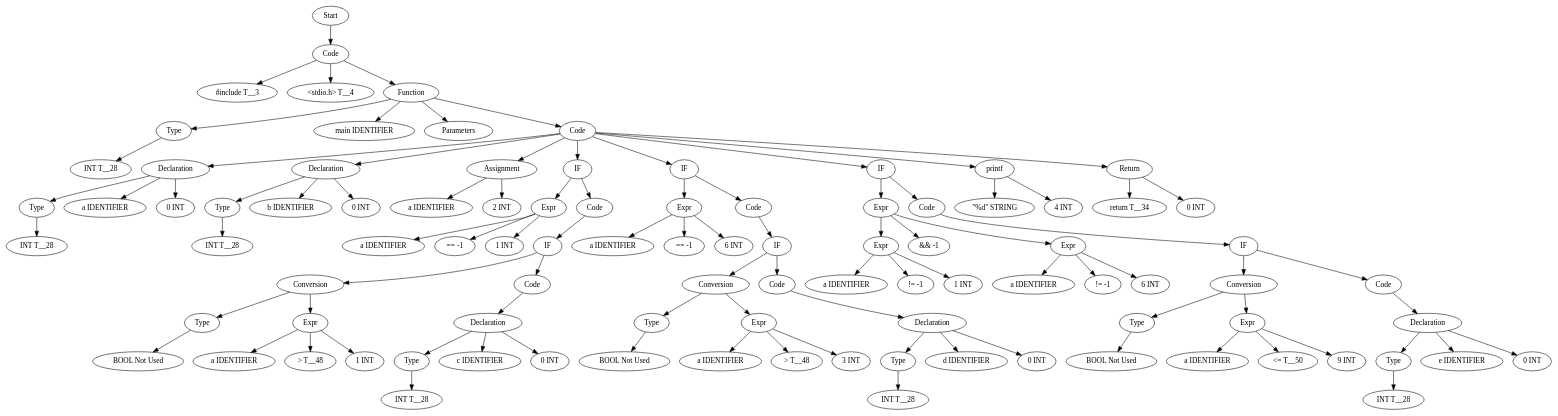
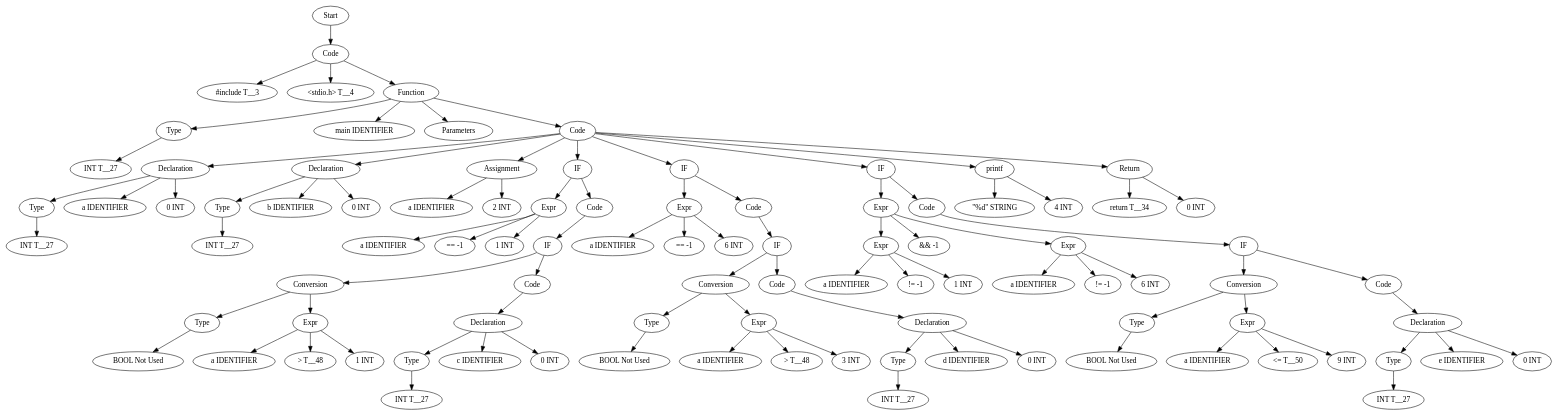
The diagram in TestCases/ASTTests/SwitchTests/createTests/read_file_after.dot (Are-you-listening/Compilers), drawn with Graphviz before and after one commit. The commit also changed 168 other files, not shown here.

```diff
--- a/TestCases/ASTTests/SwitchTests/createTests/read_file_after.dot
+++ b/TestCases/ASTTests/SwitchTests/createTests/read_file_after.dot
@@ -1,191 +1,191 @@
 digraph AST {
-  "126170885658832" [label="Start"];
-  "126170885658832" -> "126170885662816";
-  "126170885662816" [label="Code"];
-  "126170885662816" -> "126170885667040";
-  "126170885662816" -> "126170885665504";
-  "126170885662816" -> "126170885666512";
-  "126170885667040" [label="#include T__3"];
-  "126170885665504" [label="<stdio.h> T__4"];
-  "126170885666512" [label="Function"];
-  "126170885666512" -> "126170885666992";
-  "126170885666512" -> "126170885665408";
-  "126170885666512" -> "126170885664352";
-  "126170885666512" -> "126170885664784";
-  "126170885666992" [label="Type"];
-  "126170885666992" -> "126170885667952";
-  "126170885667952" [label="INT T__28"];
-  "126170885665408" [label="main IDENTIFIER"];
-  "126170885664352" [label="Parameters"];
-  "126170885664784" [label="Code"];
-  "126170885664784" -> "126170885668384";
-  "126170885664784" -> "126170885839344";
-  "126170885664784" -> "126170885838912";
-  "126170885664784" -> "126170885839056";
-  "126170885664784" -> "126170885838816";
-  "126170885664784" -> "126170885844816";
-  "126170885664784" -> "126170885835120";
-  "126170885664784" -> "126170885833776";
-  "126170885668384" [label="Declaration"];
-  "126170885668384" -> "126170885837856";
-  "126170885668384" -> "126170885834544";
-  "126170885668384" -> "126170885839872";
-  "126170885837856" [label="Type"];
-  "126170885837856" -> "126170885839440";
-  "126170885839440" [label="INT T__28"];
-  "126170885834544" [label="a IDENTIFIER"];
-  "126170885839872" [label="0 INT"];
-  "126170885839344" [label="Declaration"];
-  "126170885839344" -> "126170885841120";
-  "126170885839344" -> "126170885838672";
-  "126170885839344" -> "126170885836272";
-  "126170885841120" [label="Type"];
-  "126170885841120" -> "126170885837760";
-  "126170885837760" [label="INT T__28"];
-  "126170885838672" [label="b IDENTIFIER"];
-  "126170885836272" [label="0 INT"];
-  "126170885838912" [label="Assignment"];
-  "126170885838912" -> "126170885833200";
-  "126170885838912" -> "126170885844960";
-  "126170885833200" [label="a IDENTIFIER"];
-  "126170885844960" [label="2 INT"];
-  "126170885839056" [label="IF"];
-  "126170885839056" -> "126170885839824";
-  "126170885839056" -> "126170885836176";
-  "126170885839824" [label="Expr"];
-  "126170885839824" -> "126170885840256";
-  "126170885839824" -> "126170885839536";
-  "126170885839824" -> "126170885833056";
-  "126170885840256" [label="a IDENTIFIER"];
-  "126170885839536" [label="== -1"];
-  "126170885833056" [label="1 INT"];
-  "126170885836176" [label="Code"];
-  "126170885836176" -> "126170885836608";
-  "126170885836608" [label="IF"];
-  "126170885836608" -> "126170885845824";
-  "126170885836608" -> "126170885839152";
-  "126170885845824" [label="Conversion"];
-  "126170885845824" -> "126170885841072";
-  "126170885845824" -> "126170885838480";
-  "126170885841072" [label="Type"];
-  "126170885841072" -> "126170885839968";
-  "126170885839968" [label="BOOL Not Used"];
-  "126170885838480" [label="Expr"];
-  "126170885838480" -> "126170885844528";
-  "126170885838480" -> "126170885833248";
-  "126170885838480" -> "126170885834784";
-  "126170885844528" [label="a IDENTIFIER"];
-  "126170885833248" [label="> T__48"];
-  "126170885834784" [label="1 INT"];
-  "126170885839152" [label="Code"];
-  "126170885839152" -> "126170885835504";
-  "126170885835504" [label="Declaration"];
-  "126170885835504" -> "126170885836848";
-  "126170885835504" -> "126170885834976";
-  "126170885835504" -> "126170885832864";
-  "126170885836848" [label="Type"];
-  "126170885836848" -> "126170885835216";
-  "126170885835216" [label="INT T__28"];
-  "126170885834976" [label="c IDENTIFIER"];
-  "126170885832864" [label="0 INT"];
-  "126170885838816" [label="IF"];
-  "126170885838816" -> "126170885839584";
-  "126170885838816" -> "126170885839920";
-  "126170885839584" [label="Expr"];
-  "126170885839584" -> "126170885836800";
-  "126170885839584" -> "126170885833632";
-  "126170885839584" -> "126170885832912";
-  "126170885836800" [label="a IDENTIFIER"];
-  "126170885833632" [label="== -1"];
-  "126170885832912" [label="6 INT"];
-  "126170885839920" [label="Code"];
-  "126170885839920" -> "126170885836944";
-  "126170885836944" [label="IF"];
-  "126170885836944" -> "126170885835024";
-  "126170885836944" -> "126170885835168";
-  "126170885835024" [label="Conversion"];
-  "126170885835024" -> "126170885835936";
-  "126170885835024" -> "126170885835648";
-  "126170885835936" [label="Type"];
-  "126170885835936" -> "126170885836416";
-  "126170885836416" [label="BOOL Not Used"];
-  "126170885835648" [label="Expr"];
-  "126170885835648" -> "126170885834688";
-  "126170885835648" -> "126170885834832";
-  "126170885835648" -> "126170885835744";
-  "126170885834688" [label="a IDENTIFIER"];
-  "126170885834832" [label="> T__48"];
-  "126170885835744" [label="3 INT"];
-  "126170885835168" [label="Code"];
-  "126170885835168" -> "126170885835792";
-  "126170885835792" [label="Declaration"];
-  "126170885835792" -> "126170885835984";
-  "126170885835792" -> "126170885836032";
-  "126170885835792" -> "126170885835264";
-  "126170885835984" [label="Type"];
-  "126170885835984" -> "126170885836128";
-  "126170885836128" [label="INT T__28"];
-  "126170885836032" [label="d IDENTIFIER"];
-  "126170885835264" [label="0 INT"];
-  "126170885844816" [label="IF"];
-  "126170885844816" -> "126170885835072";
-  "126170885844816" -> "126170885834736";
-  "126170885835072" [label="Expr"];
-  "126170885835072" -> "126170885835840";
-  "126170885835072" -> "126170885835312";
-  "126170885835072" -> "126170885834880";
-  "126170885835840" [label="Expr"];
-  "126170885835840" -> "126170885835408";
-  "126170885835840" -> "126170885834400";
-  "126170885835840" -> "126170885833680";
-  "126170885835408" [label="a IDENTIFIER"];
-  "126170885834400" [label="!= -1"];
-  "126170885833680" [label="1 INT"];
-  "126170885835312" [label="&& -1"];
-  "126170885834880" [label="Expr"];
-  "126170885834880" -> "126170885833824";
-  "126170885834880" -> "126170885834256";
-  "126170885834880" -> "126170885834448";
-  "126170885833824" [label="a IDENTIFIER"];
-  "126170885834256" [label="!= -1"];
-  "126170885834448" [label="6 INT"];
-  "126170885834736" [label="Code"];
-  "126170885834736" -> "126170885834496";
-  "126170885834496" [label="IF"];
-  "126170885834496" -> "126170885833584";
-  "126170885834496" -> "126170885833536";
-  "126170885833584" [label="Conversion"];
-  "126170885833584" -> "126170885833728";
-  "126170885833584" -> "126170885833872";
-  "126170885833728" [label="Type"];
-  "126170885833728" -> "126170885833920";
-  "126170885833920" [label="BOOL Not Used"];
-  "126170885833872" [label="Expr"];
-  "126170885833872" -> "126170885832816";
-  "126170885833872" -> "126170885834016";
-  "126170885833872" -> "126170885832960";
-  "126170885832816" [label="a IDENTIFIER"];
-  "126170885834016" [label="<= T__50"];
-  "126170885832960" [label="9 INT"];
-  "126170885833536" [label="Code"];
-  "126170885833536" -> "126170885833008";
-  "126170885833008" [label="Declaration"];
-  "126170885833008" -> "126170885844864";
-  "126170885833008" -> "126170885842272";
-  "126170885833008" -> "126170885843904";
-  "126170885844864" [label="Type"];
-  "126170885844864" -> "126170885843040";
-  "126170885843040" [label="INT T__28"];
-  "126170885842272" [label="e IDENTIFIER"];
-  "126170885843904" [label="0 INT"];
-  "126170885835120" [label="printf"];
-  "126170885835120" -> "126170885834592";
-  "126170885835120" -> "126170885832768";
-  "126170885834592" [label="\"%d\" STRING"];
-  "126170885832768" [label="4 INT"];
-  "126170885833776" [label="Return"];
-  "126170885833776" -> "126170885841600";
-  "126170885833776" -> "126170885844336";
-  "126170885841600" [label="return T__34"];
-  "126170885844336" [label="0 INT"];
+  "127448011083776" [label="Start"];
+  "127448011083776" -> "127448011089584";
+  "127448011089584" [label="Code"];
+  "127448011089584" -> "127448011089440";
+  "127448011089584" -> "127448011090208";
+  "127448011089584" -> "127448011080032";
+  "127448011089440" [label="#include T__3"];
+  "127448011090208" [label="<stdio.h> T__4"];
+  "127448011080032" [label="Function"];
+  "127448011080032" -> "127448011091504";
+  "127448011080032" -> "127448011095584";
+  "127448011080032" -> "127448011091168";
+  "127448011080032" -> "127448011088192";
+  "127448011091504" [label="Type"];
+  "127448011091504" -> "127448011091264";
+  "127448011091264" [label="INT T__27"];
+  "127448011095584" [label="main IDENTIFIER"];
+  "127448011091168" [label="Parameters"];
+  "127448011088192" [label="Code"];
+  "127448011088192" -> "127448011095824";
+  "127448011088192" -> "127448011083536";
+  "127448011088192" -> "127448011088576";
+  "127448011088192" -> "127448011094624";
+  "127448011088192" -> "127448011088912";
+  "127448011088192" -> "127448011301040";
+  "127448011088192" -> "127448011292880";
+  "127448011088192" -> "127448011299600";
+  "127448011095824" [label="Declaration"];
+  "127448011095824" -> "127448011089152";
+  "127448011095824" -> "127448011091696";
+  "127448011095824" -> "127448011095248";
+  "127448011089152" [label="Type"];
+  "127448011089152" -> "127448011091456";
+  "127448011091456" [label="INT T__27"];
+  "127448011091696" [label="a IDENTIFIER"];
+  "127448011095248" [label="0 INT"];
+  "127448011083536" [label="Declaration"];
+  "127448011083536" -> "127448011091120";
+  "127448011083536" -> "127448011086512";
+  "127448011083536" -> "127448011094144";
+  "127448011091120" [label="Type"];
+  "127448011091120" -> "127448011091072";
+  "127448011091072" [label="INT T__27"];
+  "127448011086512" [label="b IDENTIFIER"];
+  "127448011094144" [label="0 INT"];
+  "127448011088576" [label="Assignment"];
+  "127448011088576" -> "127448011093568";
+  "127448011088576" -> "127448011095104";
+  "127448011093568" [label="a IDENTIFIER"];
+  "127448011095104" [label="2 INT"];
+  "127448011094624" [label="IF"];
+  "127448011094624" -> "127448011089920";
+  "127448011094624" -> "127448011087376";
+  "127448011089920" [label="Expr"];
+  "127448011089920" -> "127448011094528";
+  "127448011089920" -> "127448011293888";
+  "127448011089920" -> "127448011296048";
+  "127448011094528" [label="a IDENTIFIER"];
+  "127448011293888" [label="== -1"];
+  "127448011296048" [label="1 INT"];
+  "127448011087376" [label="Code"];
+  "127448011087376" -> "127448011296480";
+  "127448011296480" [label="IF"];
+  "127448011296480" -> "127448011294704";
+  "127448011296480" -> "127448011300848";
+  "127448011294704" [label="Conversion"];
+  "127448011294704" -> "127448011300992";
+  "127448011294704" -> "127448011295664";
+  "127448011300992" [label="Type"];
+  "127448011300992" -> "127448011295376";
+  "127448011295376" [label="BOOL Not Used"];
+  "127448011295664" [label="Expr"];
+  "127448011295664" -> "127448011297104";
+  "127448011295664" -> "127448011297008";
+  "127448011295664" -> "127448011293840";
+  "127448011297104" [label="a IDENTIFIER"];
+  "127448011297008" [label="> T__48"];
+  "127448011293840" [label="1 INT"];
+  "127448011300848" [label="Code"];
+  "127448011300848" -> "127448011293936";
+  "127448011293936" [label="Declaration"];
+  "127448011293936" -> "127448011293552";
+  "127448011293936" -> "127448011293456";
+  "127448011293936" -> "127448011293360";
+  "127448011293552" [label="Type"];
+  "127448011293552" -> "127448011293648";
+  "127448011293648" [label="INT T__27"];
+  "127448011293456" [label="c IDENTIFIER"];
+  "127448011293360" [label="0 INT"];
+  "127448011088912" [label="IF"];
+  "127448011088912" -> "127448011296240";
+  "127448011088912" -> "127448011293600";
+  "127448011296240" [label="Expr"];
+  "127448011296240" -> "127448011294080";
+  "127448011296240" -> "127448011293408";
+  "127448011296240" -> "127448011292736";
+  "127448011294080" [label="a IDENTIFIER"];
+  "127448011293408" [label="== -1"];
+  "127448011292736" [label="6 INT"];
+  "127448011293600" [label="Code"];
+  "127448011293600" -> "127448011292928";
+  "127448011292928" [label="IF"];
+  "127448011292928" -> "127448011301616";
+  "127448011292928" -> "127448011300704";
+  "127448011301616" [label="Conversion"];
+  "127448011301616" -> "127448011300656";
+  "127448011301616" -> "127448011299936";
+  "127448011300656" [label="Type"];
+  "127448011300656" -> "127448011301808";
+  "127448011301808" [label="BOOL Not Used"];
+  "127448011299936" [label="Expr"];
+  "127448011299936" -> "127448011300080";
+  "127448011299936" -> "127448011299984";
+  "127448011299936" -> "127448011299792";
+  "127448011300080" [label="a IDENTIFIER"];
+  "127448011299984" [label="> T__48"];
+  "127448011299792" [label="3 INT"];
+  "127448011300704" [label="Code"];
+  "127448011300704" -> "127448011299888";
+  "127448011299888" [label="Declaration"];
+  "127448011299888" -> "127448011300464";
+  "127448011299888" -> "127448011298880";
+  "127448011299888" -> "127448011298928";
+  "127448011300464" [label="Type"];
+  "127448011300464" -> "127448011298400";
+  "127448011298400" [label="INT T__27"];
+  "127448011298880" [label="d IDENTIFIER"];
+  "127448011298928" [label="0 INT"];
+  "127448011301040" [label="IF"];
+  "127448011301040" -> "127448011293024";
+  "127448011301040" -> "127448011297968";
+  "127448011293024" [label="Expr"];
+  "127448011293024" -> "127448011299744";
+  "127448011293024" -> "127448011299072";
+  "127448011293024" -> "127448011297536";
+  "127448011299744" [label="Expr"];
+  "127448011299744" -> "127448011298976";
+  "127448011299744" -> "127448011299024";
+  "127448011299744" -> "127448011299120";
+  "127448011298976" [label="a IDENTIFIER"];
+  "127448011299024" [label="!= -1"];
+  "127448011299120" [label="1 INT"];
+  "127448011299072" [label="&& -1"];
+  "127448011297536" [label="Expr"];
+  "127448011297536" -> "127448011300320";
+  "127448011297536" -> "127448011301952";
+  "127448011297536" -> "127448011302096";
+  "127448011300320" [label="a IDENTIFIER"];
+  "127448011301952" [label="!= -1"];
+  "127448011302096" [label="6 INT"];
+  "127448011297968" [label="Code"];
+  "127448011297968" -> "127448011298640";
+  "127448011298640" [label="IF"];
+  "127448011298640" -> "127448011299168";
+  "127448011298640" -> "127448011302480";
+  "127448011299168" [label="Conversion"];
+  "127448011299168" -> "127448011302624";
+  "127448011299168" -> "127448011302576";
+  "127448011302624" [label="Type"];
+  "127448011302624" -> "127448011302960";
+  "127448011302960" [label="BOOL Not Used"];
+  "127448011302576" [label="Expr"];
+  "127448011302576" -> "127448011302528";
+  "127448011302576" -> "127448011302768";
+  "127448011302576" -> "127448011302432";
+  "127448011302528" [label="a IDENTIFIER"];
+  "127448011302768" [label="<= T__50"];
+  "127448011302432" [label="9 INT"];
+  "127448011302480" [label="Code"];
+  "127448011302480" -> "127448011302288";
+  "127448011302288" [label="Declaration"];
+  "127448011302288" -> "127448011302192";
+  "127448011302288" -> "127448011302240";
+  "127448011302288" -> "127448011301904";
+  "127448011302192" [label="Type"];
+  "127448011302192" -> "127448011302336";
+  "127448011302336" [label="INT T__27"];
+  "127448011302240" [label="e IDENTIFIER"];
+  "127448011301904" [label="0 INT"];
+  "127448011292880" [label="printf"];
+  "127448011292880" -> "127448011299552";
+  "127448011292880" -> "127448011302912";
+  "127448011299552" [label="\"%d\" STRING"];
+  "127448011302912" [label="4 INT"];
+  "127448011299600" [label="Return"];
+  "127448011299600" -> "127448011302000";
+  "127448011299600" -> "127448011301856";
+  "127448011302000" [label="return T__34"];
+  "127448011301856" [label="0 INT"];
 }
```
